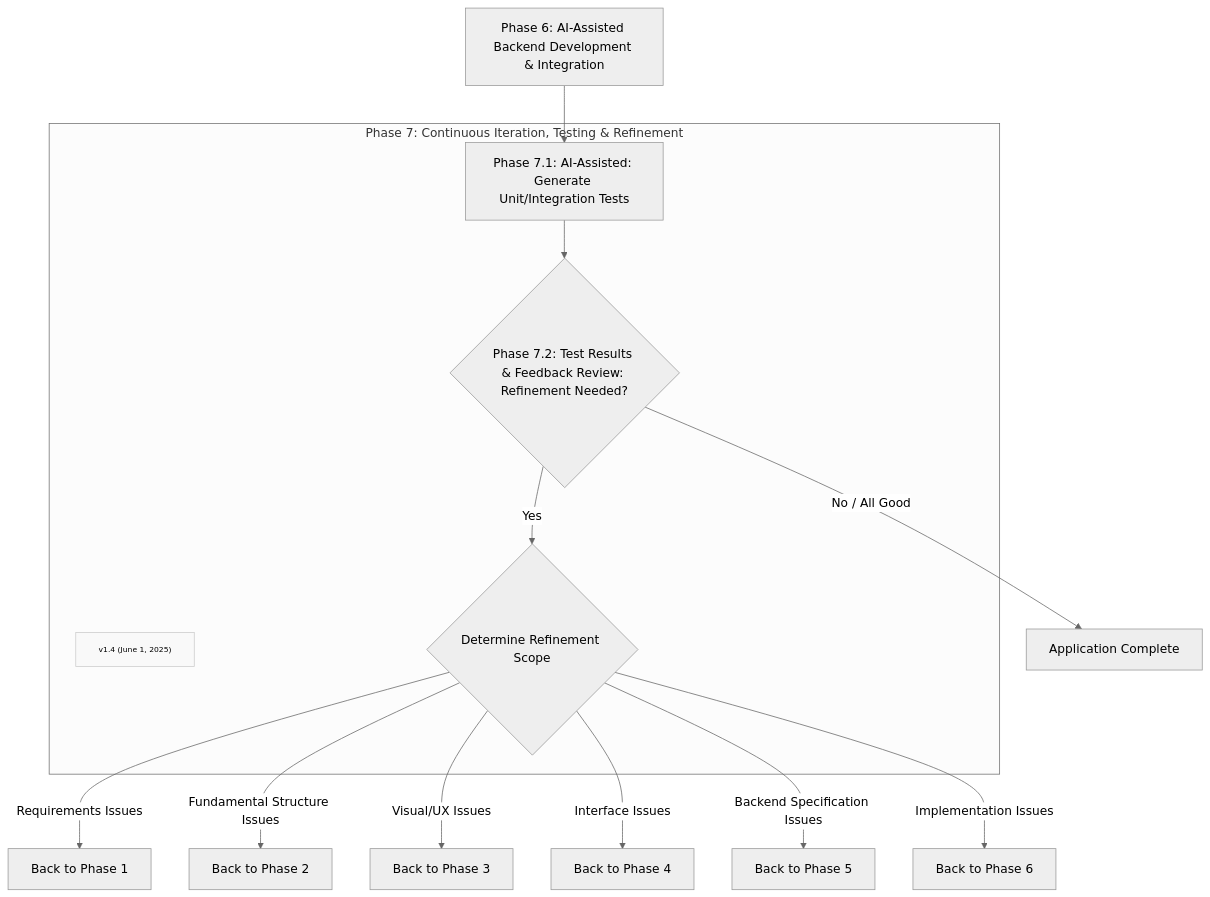
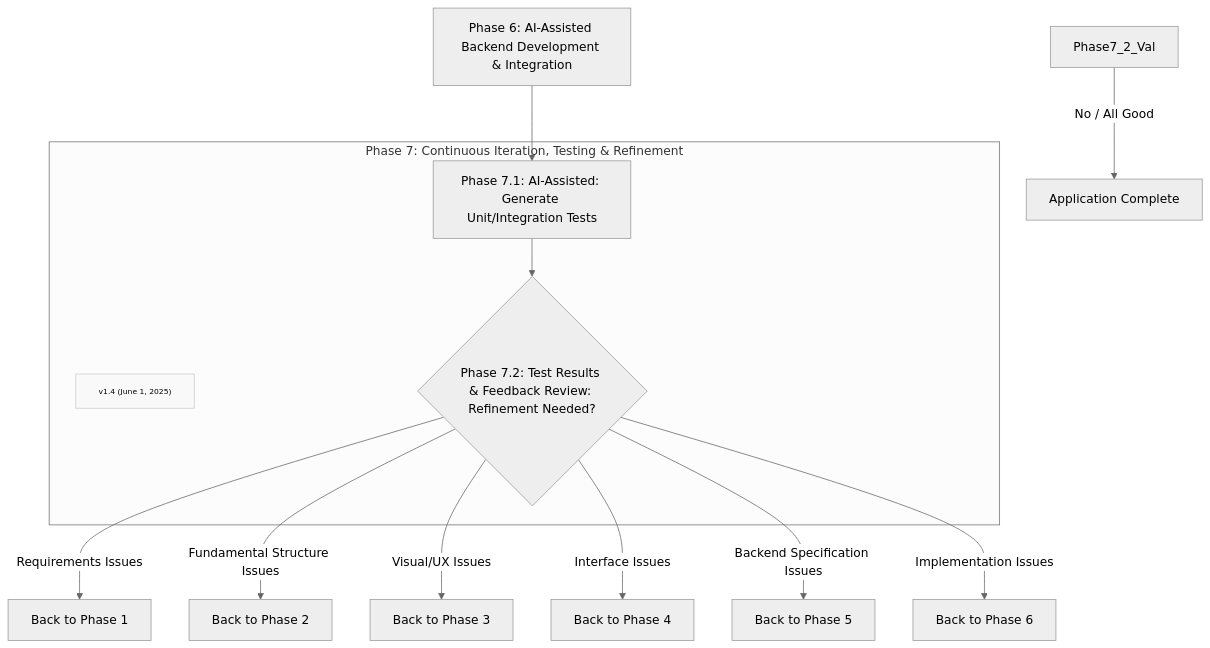
One commit to Mharbulous/Front-First-Method changed the diagram in Method/FF-phase7.md. Above: the diagram before and after it, drawn with Mermaid (neutral theme).

Commit message:
Refined Phase 7 diagram

````diff
--- a/Method/FF-phase7.md
+++ b/Method/FF-phase7.md
@@ -1,24 +1,20 @@
 ```mermaid
 graph TD
     Phase6["Phase 6: AI-Assisted Backend Development & Integration"] --> Phase7_1
 
     subgraph Phase7 ["Phase 7: Continuous Iteration, Testing & Refinement"]
         Version["v1.4 (June 1, 2025)"]
         classDef version fill:#f9f9f9,stroke:#ccc,font-size:10px
         class Version version
-        Phase7_1["Phase 7.1: AI-Assisted: Generate Unit/Integration Tests"] --> Phase7_2_Val{"Phase 7.2: Test Results & Feedback Review: Refinement Needed?"}
-        
-        Phase7_2_Val -->|Yes| RefineDecision{"Determine Refinement Scope"}
-        
-        
+        Phase7_1["Phase 7.1: AI-Assisted: Generate Unit/Integration Tests"] --> RefineDecision{"Phase 7.2: Test Results & Feedback Review: Refinement Needed?"}        
     end
 
 RefineDecision -->|Requirements Issues| Back2Phase1["Back to Phase 1"]
 RefineDecision -->|Fundamental Structure Issues| Back2Phase2["Back to Phase 2"]
 RefineDecision -->|Visual/UX Issues| Back2Phase3["Back to Phase 3"]
 RefineDecision -->|Interface Issues| Back2Phase4["Back to Phase 4"]
 RefineDecision -->|Backend Specification Issues| Back2Phase5["Back to Phase 5"]
 RefineDecision -->|Implementation Issues| Back2Phase6["Back to Phase 6"]
 
 Phase7_2_Val -->|No / All Good| ApplicationComplete["Application Complete"]
 ```
````
